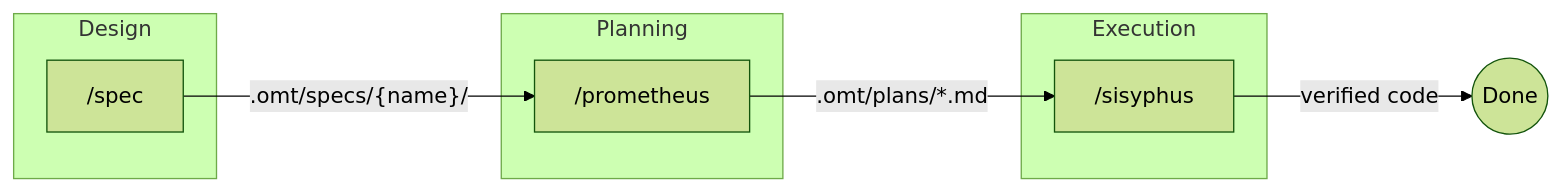
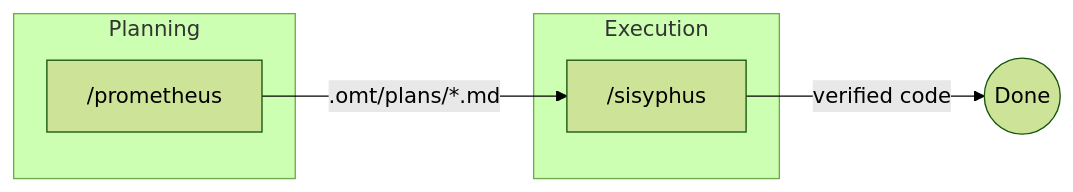
One commit to toongri/oh-my-toong-playground changed the first of 4 diagrams in README.en.md. Above: the diagram before and after it, drawn with Mermaid (forest theme). The commit also changed other lines of this file and 1 other file, not shown here.

First line of the commit message:
docs: README spec 제거·스킬 카탈로그 현행화

````diff
--- a/README.en.md
+++ b/README.en.md
@@ -68,16 +67,12 @@
 ```mermaid
 flowchart LR
-    subgraph Design
-        spec["/spec"]
-    end
     subgraph Planning
         prometheus["/prometheus"]
     end
     subgraph Execution
         sisyphus["/sisyphus"]
     end
 
-    spec -->|".omt/specs/{name}/"| prometheus
     prometheus -->|".omt/plans/*.md"| sisyphus
     sisyphus -->|"verified code"| Done((Done))
 ```
````
